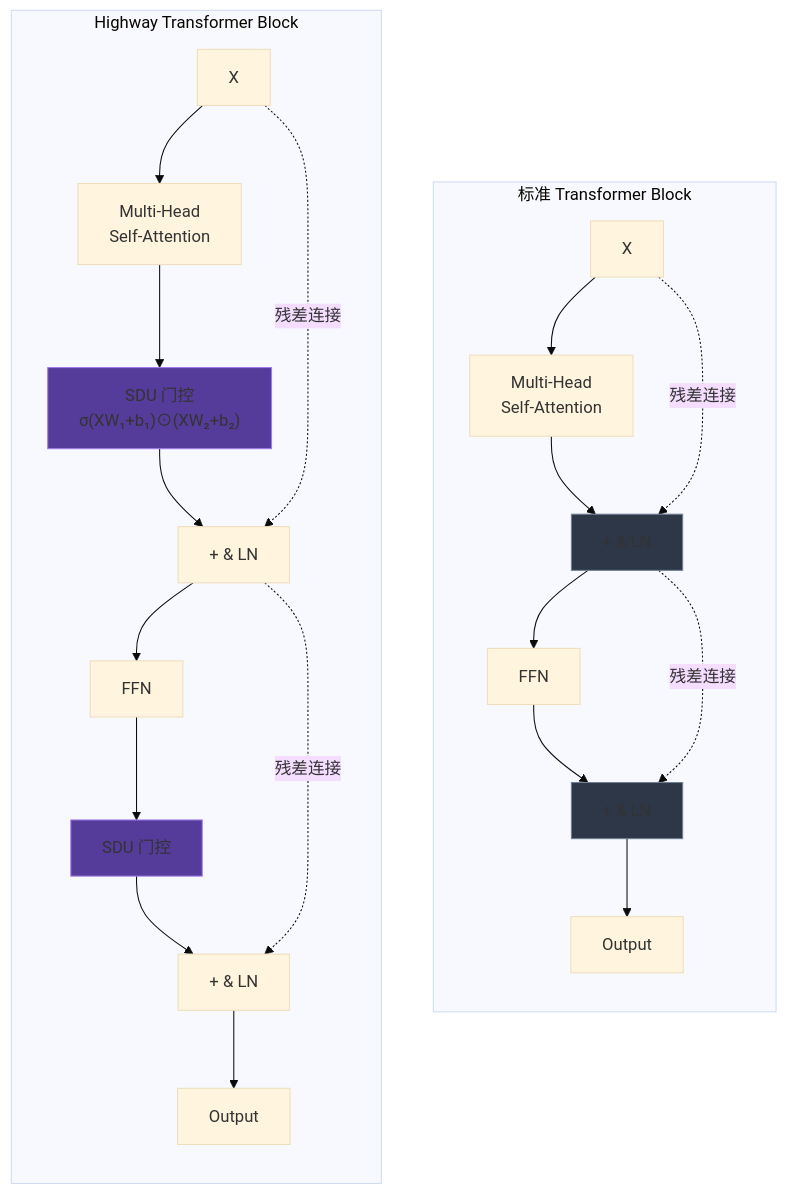
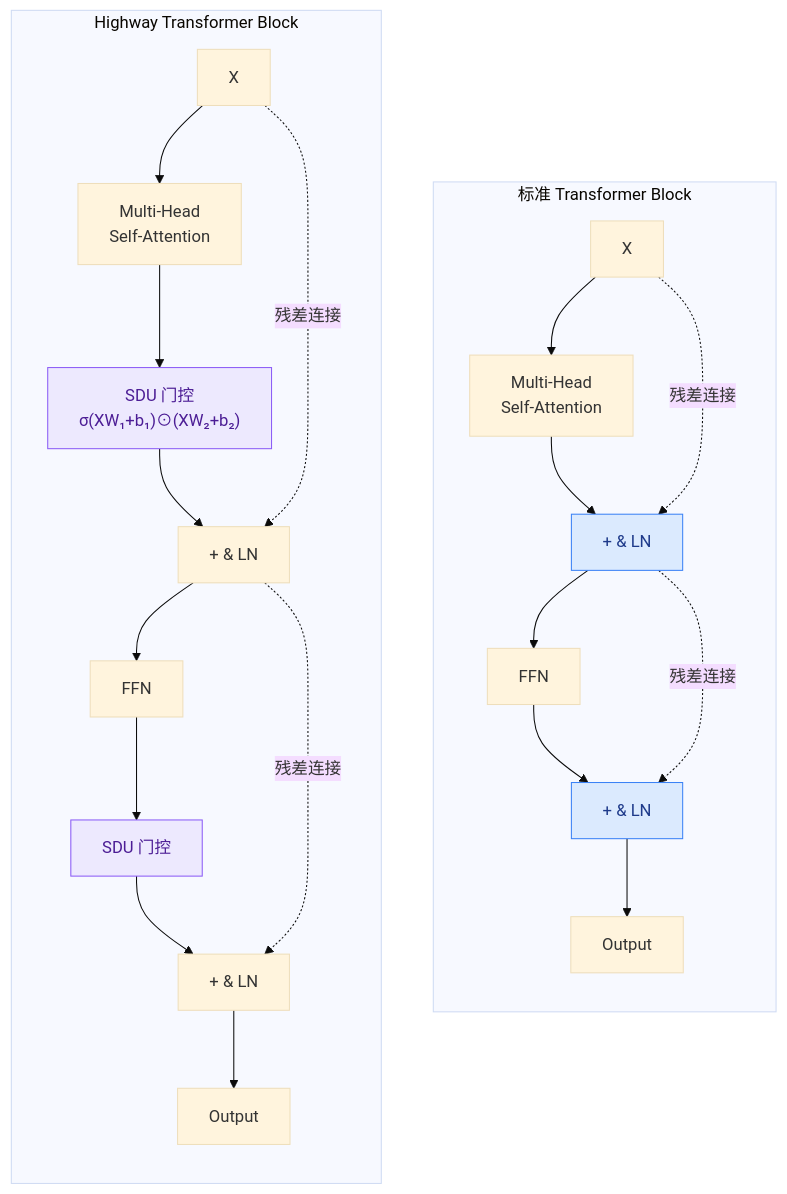
The diagram in content/Knowledge/论文分析/模型结构/Highway Transformer 技术分析.md (Pastens/Pastens.github.io), drawn with Mermaid (base theme) before and after one commit. The commit also changed 5 other files, not shown here.

Commit message:
fix: mermaid color scheme - light bg + dark text for readability; add YOCO arch diagram

````diff
--- a/content/Knowledge/论文分析/模型结构/Highway Transformer 技术分析.md
+++ b/content/Knowledge/论文分析/模型结构/Highway Transformer 技术分析.md
@@ -75,31 +75,31 @@
 ```mermaid
 flowchart TB
     subgraph Standard["标准 Transformer Block"]
         direction TB
         S1["X"] --> S2["Multi-Head<br/>Self-Attention"]
         S2 --> S3["+ & LN"]
         S3 --> S4["FFN"]
         S4 --> S5["+ & LN"]
         S5 --> S6["Output"]
         S1 -.->|"残差连接"| S3
         S3 -.->|"残差连接"| S5
     end
 
     subgraph Highway["Highway Transformer Block"]
         direction TB
         H1["X"] --> H2["Multi-Head<br/>Self-Attention"]
         H2 --> H3["SDU 门控<br/>σ(XW₁+b₁)⊙(XW₂+b₂)"]
         H3 --> H4["+ & LN"]
         H4 --> H5["FFN"]
         H5 --> H6["SDU 门控"]
         H6 --> H7["+ & LN"]
         H7 --> H8["Output"]
         H1 -.->|"残差连接"| H4
         H4 -.->|"残差连接"| H7
     end
 
-    style S3 fill:#2d3748,stroke:#718096
-    style S5 fill:#2d3748,stroke:#718096
-    style H3 fill:#553c9a,stroke:#9f7aea
-    style H6 fill:#553c9a,stroke:#9f7aea
+    style S3 fill:#dbeafe,stroke:#3b82f6,color:#1e3a8a
+    style S5 fill:#dbeafe,stroke:#3b82f6,color:#1e3a8a
+    style H3 fill:#ede9fe,stroke:#8b5cf6,color:#4c1d95
+    style H6 fill:#ede9fe,stroke:#8b5cf6,color:#4c1d95
 ```
````
